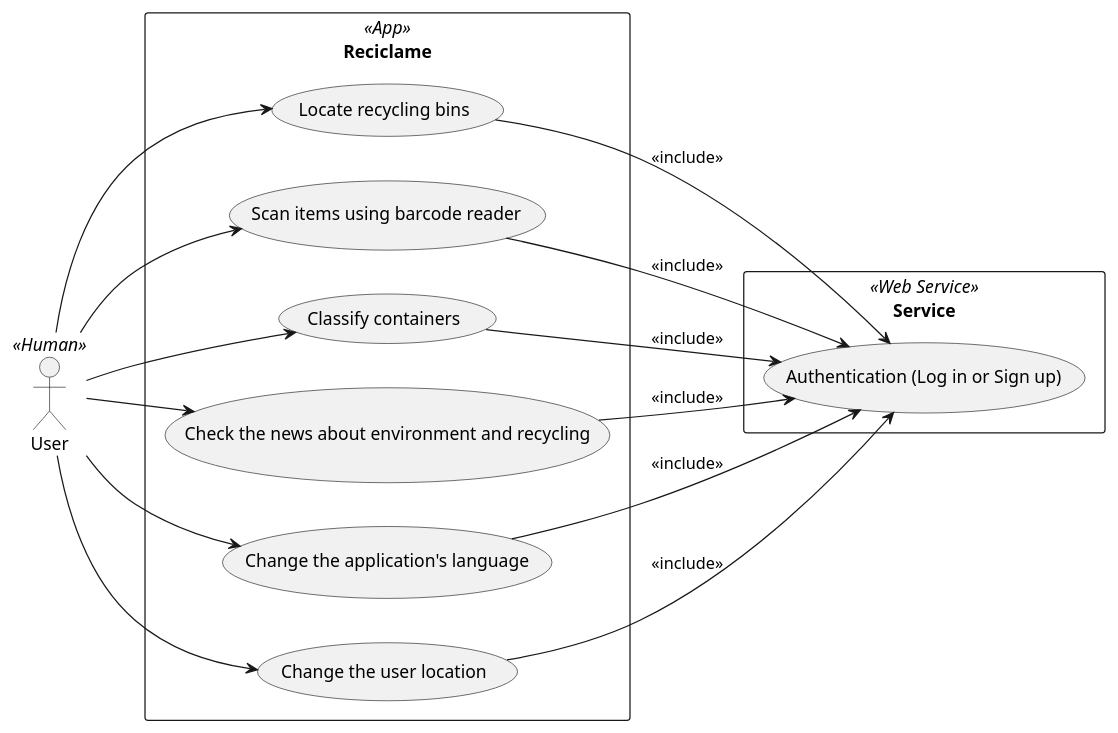
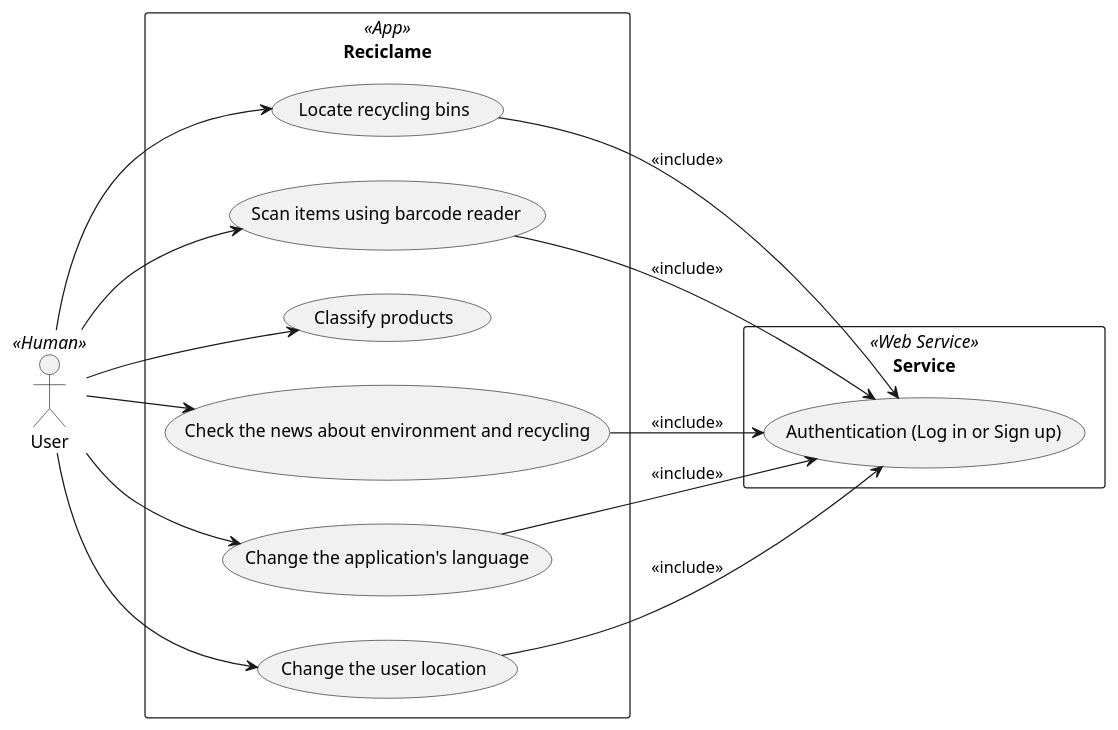
One commit to danielb05/reciclame changed the diagram in user_case.puml. Above: the diagram before and after it, drawn with PlantUML. The commit also changed 1 other file, not shown here.

Commit message:
Correct Use case diagram

```diff
--- a/user_case.puml
+++ b/user_case.puml
@@ -1,32 +1,31 @@
 @startuml
 left to right direction
 actor "User" <<Human>> as fc
 
 rectangle Service <<Web Service>>{
   usecase "Authentication (Log in or Sign up)" as UC7
 }
 rectangle Reciclame <<App>> {
   usecase "Locate recycling bins" as UC1
   usecase "Scan items using barcode reader" as UC2
-  usecase "Classify containers" as UC3
+  usecase "Classify products" as UC3
   usecase "Check the news about environment and recycling" as UC4
   usecase "Change the application's language" as UC5
   usecase "Change the user location" as UC6
 }
 
 
 
 fc --> UC1
 fc --> UC2
 fc --> UC3
 fc --> UC4
 fc --> UC5
 fc --> UC6
 
 UC1 --> UC7 :<<include>>
 UC2 --> UC7 :<<include>>
-UC3 --> UC7 :<<include>>
 UC4 --> UC7 :<<include>>
 UC5 --> UC7 :<<include>>
 UC6 --> UC7 :<<include>>
 @enduml
```
